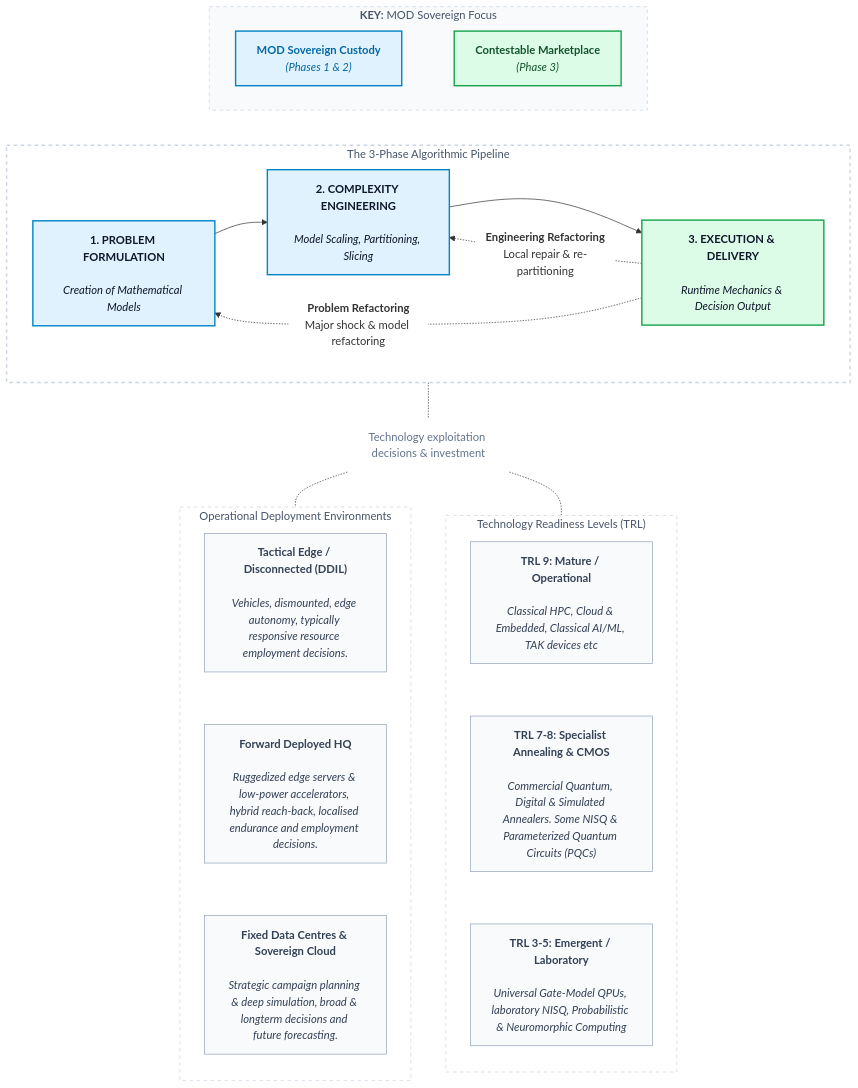
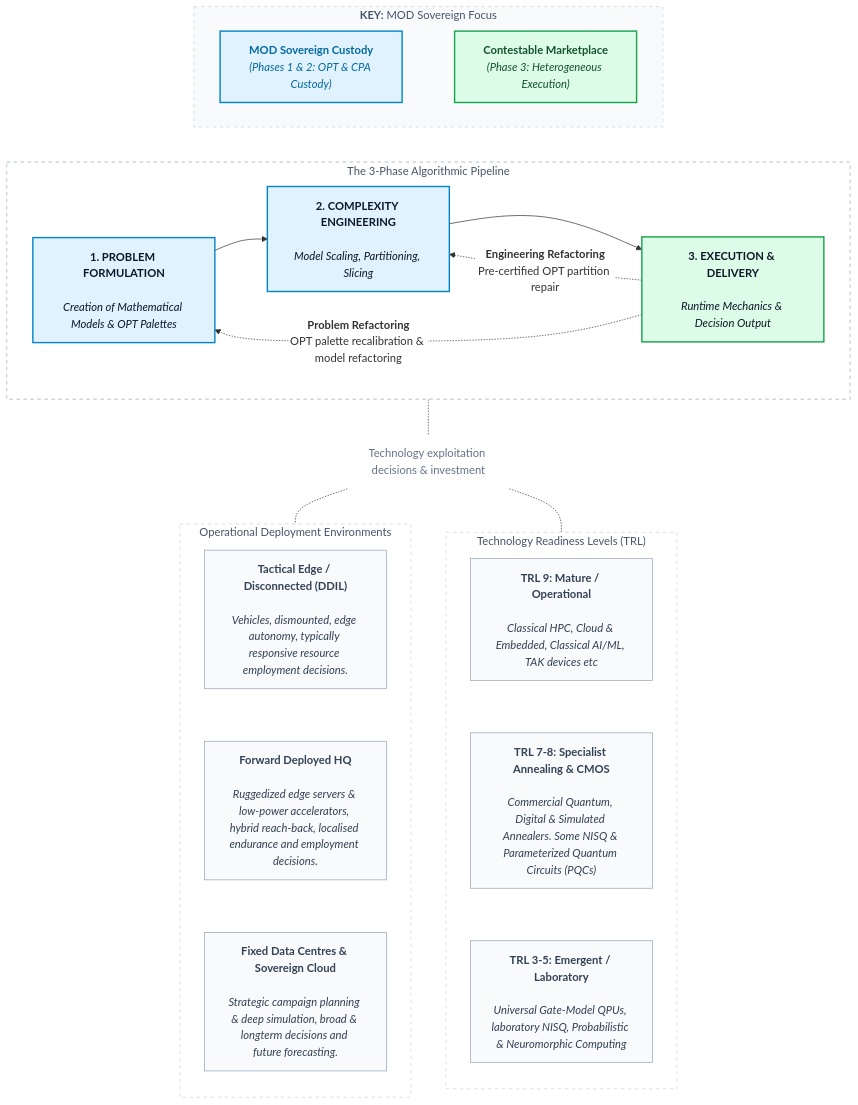
One commit to baddogdown/knowledge changed the third of 6 diagrams in quantum/The_Emergent_Algorithmic_Bridge.md. Above: the diagram before and after it, drawn with Mermaid. The commit also changed other lines of this file and 2 other files, not shown here.

````diff
--- a/quantum/The_Emergent_Algorithmic_Bridge.md
+++ b/quantum/The_Emergent_Algorithmic_Bridge.md
@@ -198,81 +217,81 @@
 ```mermaid
 %%{init: {'themeVariables': {'edgeLabelBackground': '#ffffff'}}}%%
 flowchart TB
 
     %% ==========================================
     %% TOP SECTION: KEY Above Pipeline for Full Width
     %% ==========================================
     subgraph KEY ["<b>KEY:</b> MOD Sovereign Focus"]
         direction LR
-        K1["<b>MOD Sovereign Custody</b><br/><i>(Phases 1 & 2)</i>"]
-        K2["<b>Contestable Marketplace</b><br/><i>(Phase 3)</i>"]
+        K1["<b>MOD Sovereign Custody</b><br/><i>(Phases 1 & 2: OPT & CPA Custody)</i>"]
+        K2["<b>Contestable Marketplace</b><br/><i>(Phase 3: Heterogeneous Execution)</i>"]
         K1 ~~~ K2
     end
 
     %% ==========================================
     %% PIPELINE SECTION: Full-Width 3-Phase Pipeline
     %% ==========================================
     subgraph PHASES ["The 3-Phase Algorithmic Pipeline"]
         direction LR
-        P1["<b>1. PROBLEM FORMULATION</b><br/><br/><i>Creation of Mathematical Models</i>"] --> P2["<b>2. COMPLEXITY ENGINEERING</b><br/><br/><i>Model Scaling, Partitioning, Slicing</i>"] --> P3["<b>3. EXECUTION & DELIVERY</b><br/><br/><i>Runtime Mechanics & Decision Output</i>"]
+        P1["<b>1. PROBLEM FORMULATION</b><br/><br/><i>Creation of Mathematical Models & OPT Palettes</i>"] --> P2["<b>2. COMPLEXITY ENGINEERING</b><br/><br/><i>Model Scaling, Partitioning, Slicing</i>"] --> P3["<b>3. EXECUTION & DELIVERY</b><br/><br/><i>Runtime Mechanics & Decision Output</i>"]
 
-        P3 -.->|"<b>Engineering Refactoring</b><br/>Local repair & re-partitioning"| P2
-        P3 -.->|"<b>Problem Refactoring</b><br/>Major shock & model refactoring"| P1
+        P3 -.->|"<b>Engineering Refactoring</b><br/>Pre-certified OPT partition repair"| P2
+        P3 -.->|"<b>Problem Refactoring</b><br/>OPT palette recalibration & model refactoring"| P1
     end
 
     KEY ~~~ PHASES
 
     %% ==========================================
     %% MIDDLE SECTION: Divider 
     %% ==========================================
     DIVIDER["Technology exploitation decisions & investment"]
     PHASES -.- DIVIDER
 
     %% ==========================================
     %% BOTTOM SECTION: Side-by-Side Columns
     %% ==========================================
     subgraph TRL_AXIS ["Technology Readiness Levels (TRL)"]
         direction TB
         T1["<b>TRL 9: Mature / Operational</b><br/><br/><i>Classical HPC, Cloud & Embedded, Classical AI/ML, TAK devices etc</i>"]
         T2["<b>TRL 7-8: Specialist Annealing & CMOS</b><br/><br/><i>Commercial Quantum, Digital & Simulated Annealers. Some NISQ & Parameterized Quantum Circuits (PQCs)</i>"]
         T3["<b>TRL 3-5: Emergent / Laboratory</b><br/><br/><i>Universal Gate-Model QPUs, laboratory NISQ, Probabilistic & Neuromorphic Computing</i>"]
         T1 ~~~ T2 ~~~ T3
     end
 
     subgraph DEP_AXIS ["Operational Deployment Environments"]
         direction TB
         D1["<b>Tactical Edge / Disconnected (DDIL)</b><br/><br/><i>Vehicles, dismounted, edge autonomy, typically responsive resource employment decisions.</i>"]
         D2["<b>Forward Deployed HQ</b><br/><br/><i>Ruggedized edge servers & low-power accelerators, hybrid reach-back, localised endurance and employment decisions.</i>"]
         D3["<b>Fixed Data Centres & Sovereign Cloud</b><br/><br/><i>Strategic campaign planning & deep simulation, broad & longterm decisions and future forecasting.</i>"]
         D1 ~~~ D2 ~~~ D3
     end
 
     %% Fork to the top nodes to enforce side-by-side columns
     DIVIDER -.- T1
     DIVIDER -.- D1
 
     %% ==========================================
     %% STYLING
     %% ==========================================
     style KEY fill:#f8fafc,stroke:#cbd5e1,stroke-width:1px,stroke-dasharray: 5 5,color:#475569
     style K1 fill:#e0f2fe,stroke:#0284c7,stroke-width:2px,color:#0369a1
     style K2 fill:#dcfce7,stroke:#16a34a,stroke-width:2px,color:#14532d
 
     style PHASES fill:#ffffff,stroke:#cbd5e1,stroke-width:2px,stroke-dasharray: 5 5,color:#475569
     style P1 fill:#e0f2fe,stroke:#0284c7,stroke-width:2px,color:#0f172a
     style P2 fill:#e0f2fe,stroke:#0284c7,stroke-width:2px,color:#0f172a
     style P3 fill:#dcfce7,stroke:#16a34a,stroke-width:2px,color:#0f172a
 
     style DIVIDER fill:none,stroke:none,color:#64748b
 
     style TRL_AXIS fill:#ffffff,stroke:#cbd5e1,stroke-width:1px,stroke-dasharray: 5 5,color:#475569
     style DEP_AXIS fill:#ffffff,stroke:#cbd5e1,stroke-width:1px,stroke-dasharray: 5 5,color:#475569
 
     style T1 fill:#f8fafc,stroke:#94a3b8,stroke-width:1px,color:#334155
     style T2 fill:#f8fafc,stroke:#94a3b8,stroke-width:1px,color:#334155
     style T3 fill:#f8fafc,stroke:#94a3b8,stroke-width:1px,color:#334155
 
     style D1 fill:#f8fafc,stroke:#94a3b8,stroke-width:1px,color:#334155
     style D2 fill:#f8fafc,stroke:#94a3b8,stroke-width:1px,color:#334155
     style D3 fill:#f8fafc,stroke:#94a3b8,stroke-width:1px,color:#334155
 ```
````
